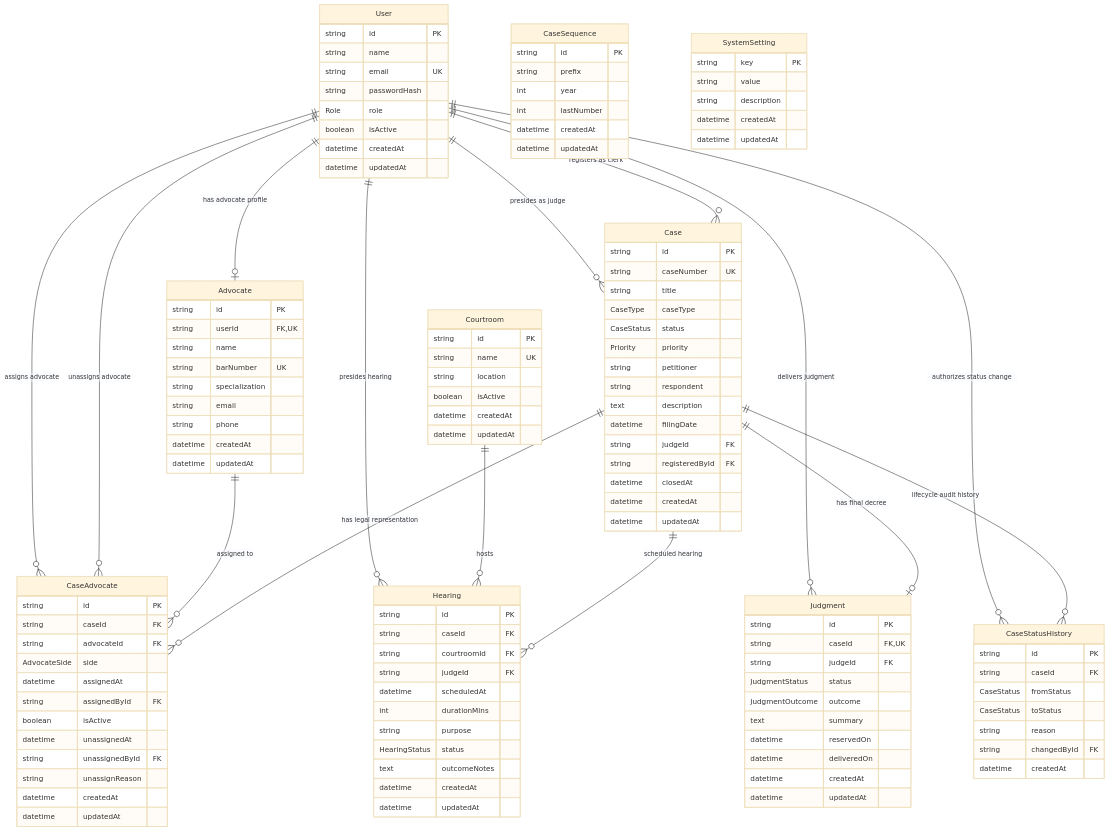
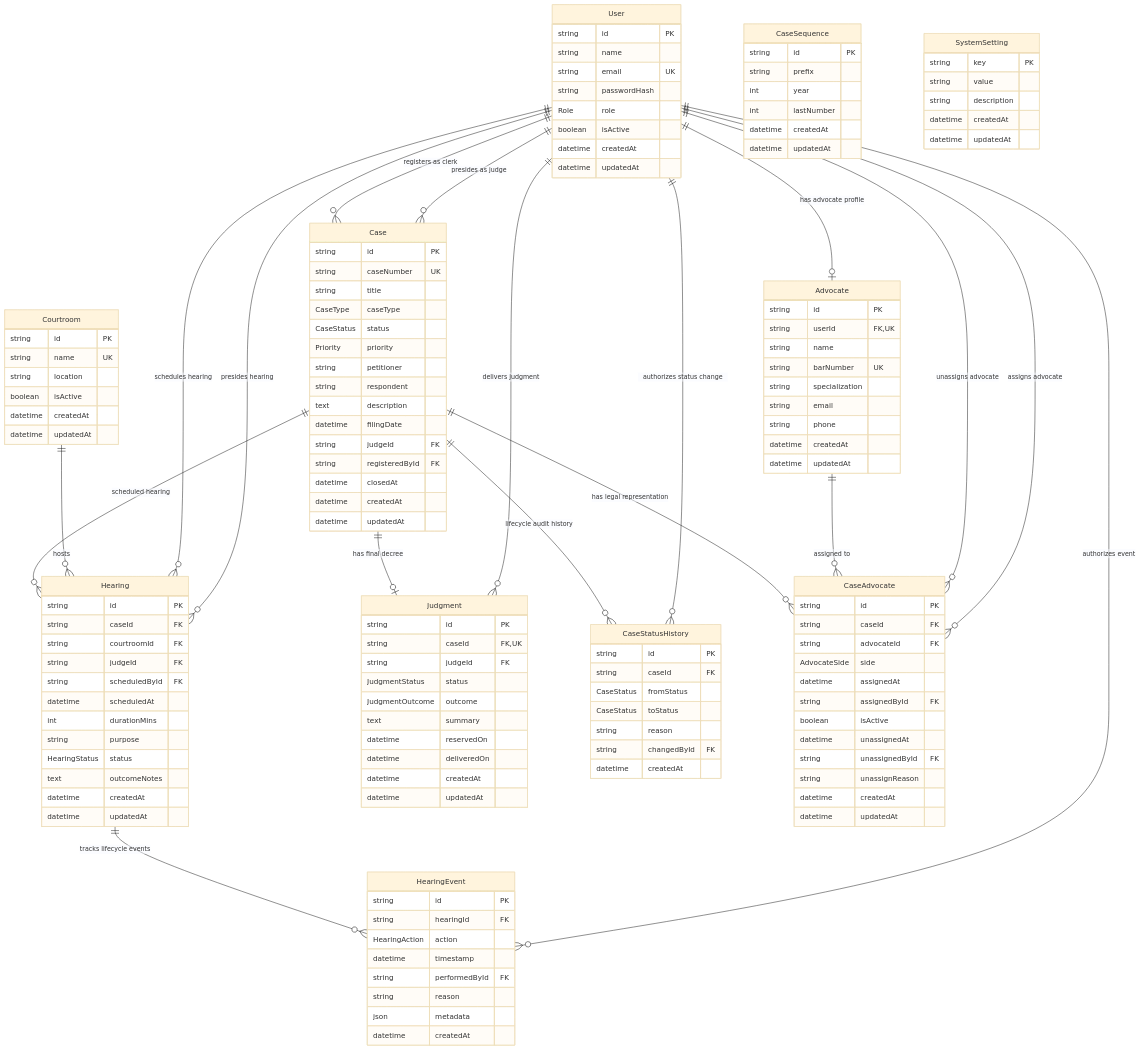
The diagram in docs/DATABASE.md (Allengits/ccm_allen), drawn with Mermaid (base theme) before and after one commit. The commit also changed other lines of this file and 38 other files, not shown here.

```diff
--- a/docs/DATABASE.md
+++ b/docs/DATABASE.md
@@ -12,6 +12,8 @@
     User ||--o{ Case : "presides as judge"
     User ||--o{ Case : "registers as clerk"
     User ||--o{ Hearing : "presides hearing"
+    User ||--o{ Hearing : "schedules hearing"
+    User ||--o{ HearingEvent : "authorizes event"
     User ||--o{ Judgment : "delivers judgment"
     User ||--o{ CaseStatusHistory : "authorizes status change"
     User ||--o{ CaseAdvocate : "assigns advocate"
@@ -22,6 +24,7 @@
 
     Courtroom ||--o{ Hearing : "hosts"
     Case ||--o{ Hearing : "scheduled hearing"
+    Hearing ||--o{ HearingEvent : "tracks lifecycle events"
 
     Case ||--o| Judgment : "has final decree"
     Case ||--o{ CaseStatusHistory : "lifecycle audit history"
@@ -96,6 +99,7 @@
         string caseId FK
         string courtroomId FK
         string judgeId FK
+        string scheduledById FK
         datetime scheduledAt
         int durationMins
         string purpose
@@ -103,6 +107,17 @@
         text outcomeNotes
         datetime createdAt
         datetime updatedAt
+    }
+
+    HearingEvent {
+        string id PK
+        string hearingId FK
+        HearingAction action
+        datetime timestamp
+        string performedById FK
+        string reason
+        json metadata
+        datetime createdAt
     }
 
     Judgment {
```
